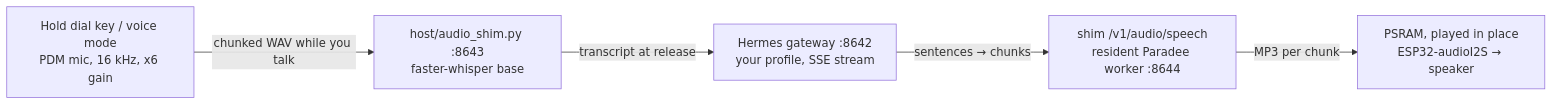
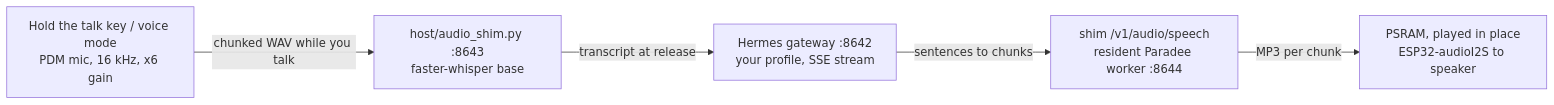
The diagram in docs/how-it-works.md (subimage-labs/chirp-esp32-firmware), drawn with Mermaid before and after one commit. The commit also changed other lines of this file and 12 other files, not shown here.

````diff
--- a/docs/how-it-works.md
+++ b/docs/how-it-works.md
@@ -5,7 +7,7 @@
 ```mermaid
 flowchart LR
-    A["Hold dial key / voice mode<br/>PDM mic, 16 kHz, x6 gain"] -->|"chunked WAV while you talk"| B["host/audio_shim.py :8643<br/>faster-whisper base"]
+    A["Hold the talk key / voice mode<br/>PDM mic, 16 kHz, x6 gain"] -->|"chunked WAV while you talk"| B["host/audio_shim.py :8643<br/>faster-whisper base"]
     B -->|"transcript at release"| C["Hermes gateway :8642<br/>your profile, SSE stream"]
-    C -->|"sentences → chunks"| D["shim /v1/audio/speech<br/>resident Paradee worker :8644"]
-    D -->|"MP3 per chunk"| E["PSRAM, played in place<br/>ESP32-audioI2S → speaker"]
+    C -->|"sentences to chunks"| D["shim /v1/audio/speech<br/>resident Paradee worker :8644"]
+    D -->|"MP3 per chunk"| E["PSRAM, played in place<br/>ESP32-audioI2S to speaker"]
 ```
````
